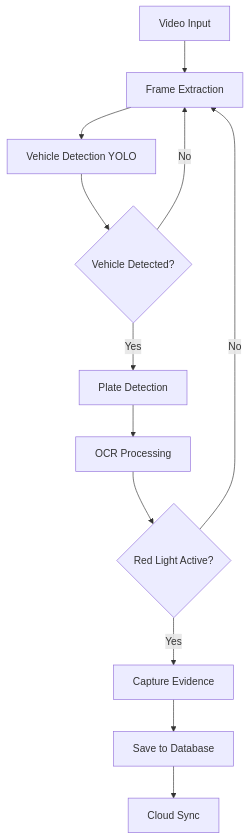
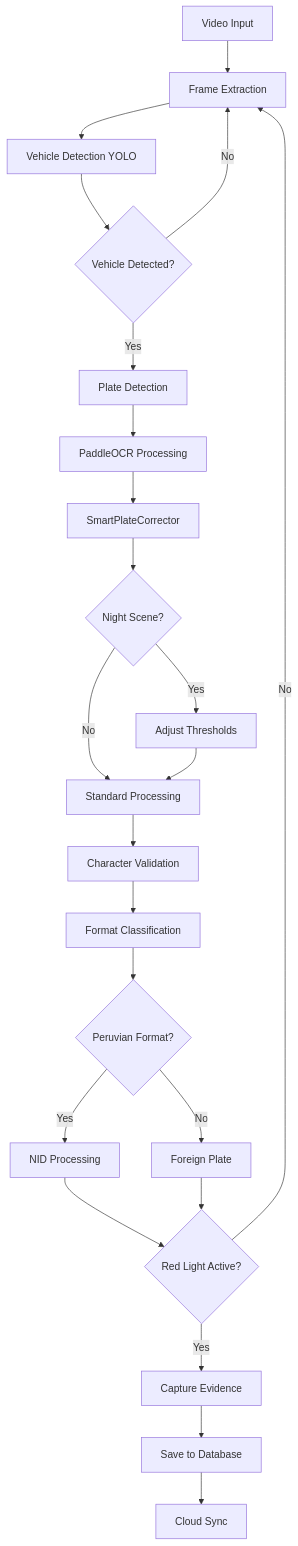
One commit to AbelMoyaICSI/InfractiVision changed the diagram in README.md. Above: the diagram before and after it, drawn with Mermaid. The commit also changed other lines of this file and 7 other files, not shown here.

````diff
--- a/README.md
+++ b/README.md
@@ -273,14 +295,25 @@
 ```mermaid
 graph TD
     A[Video Input] --> B[Frame Extraction]
     B --> C[Vehicle Detection YOLO]
     C --> D{Vehicle Detected?}
     D -->|Yes| E[Plate Detection]
     D -->|No| B
-    E --> F[OCR Processing]
-    F --> G{Red Light Active?}
-    G -->|Yes| H[Capture Evidence]
-    G -->|No| B
-    H --> I[Save to Database]
-    I --> J[Cloud Sync]
+    E --> F[PaddleOCR Processing]
+    F --> G[SmartPlateCorrector]
+    G --> H{Night Scene?}
+    H -->|Yes| I[Adjust Thresholds]
+    H -->|No| J[Standard Processing]
+    I --> J
+    J --> K[Character Validation]
+    K --> L[Format Classification]
+    L --> M{Peruvian Format?}
+    M -->|Yes| N[NID Processing]
+    M -->|No| O[Foreign Plate]
+    N --> P{Red Light Active?}
+    O --> P
+    P -->|Yes| Q[Capture Evidence]
+    P -->|No| B
+    Q --> R[Save to Database]
+    R --> S[Cloud Sync]
 ```
````
